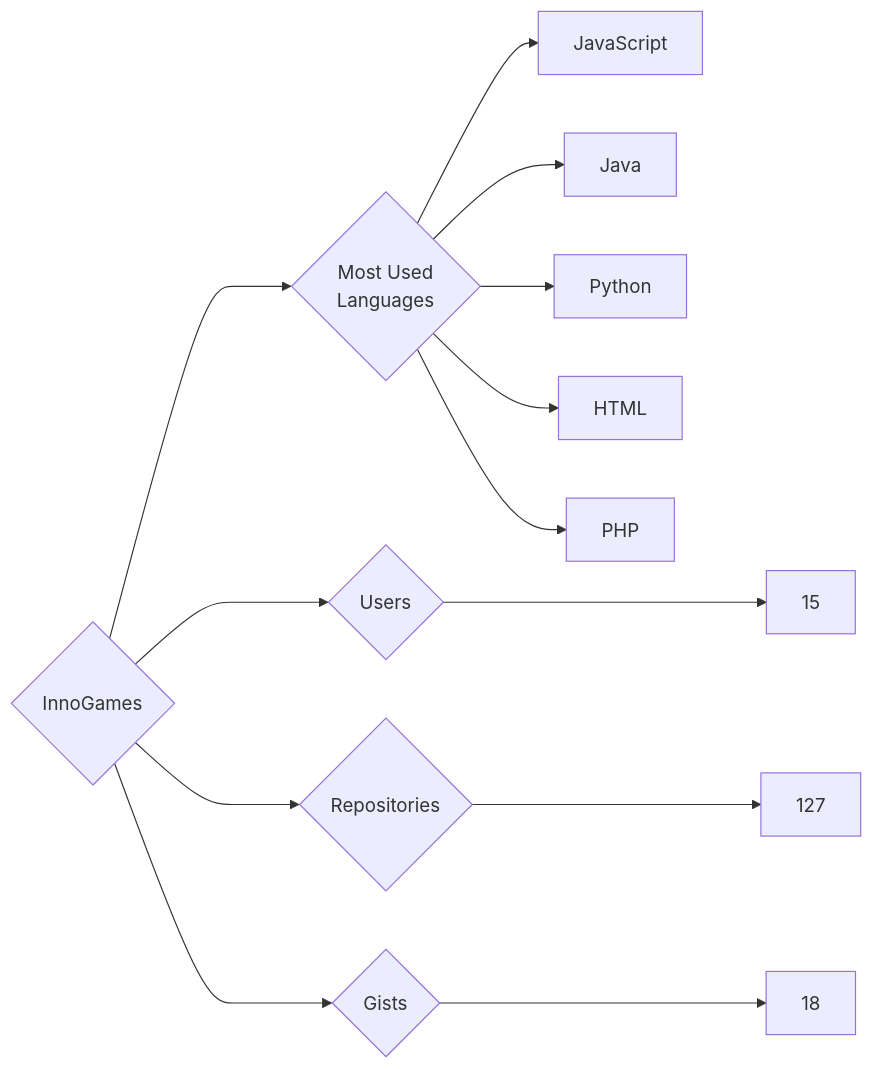
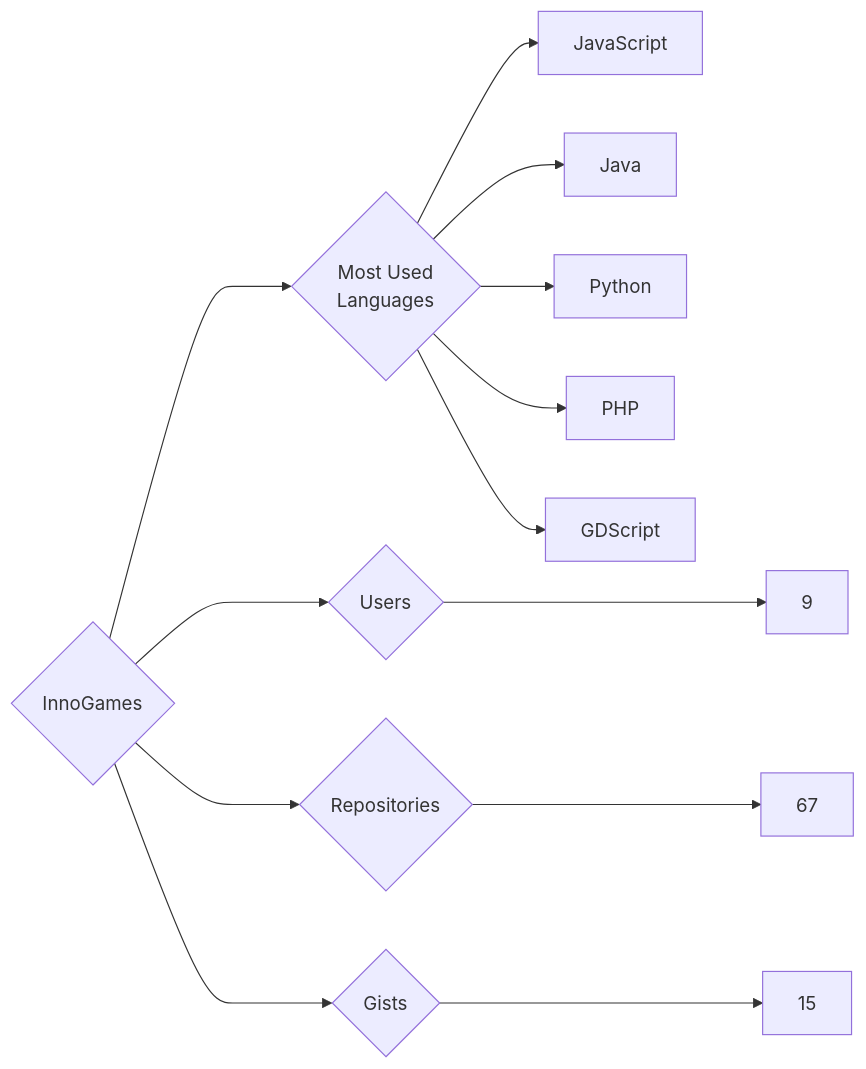
One commit to trickest/insiders changed the diagram in targets/InnoGames/README.md. Above: the diagram before and after it, drawn with Mermaid. The commit also changed 693 other files, not shown here.

````diff
--- a/targets/InnoGames/README.md
+++ b/targets/InnoGames/README.md
@@ -3,13 +3,13 @@
 ```mermaid
 graph LR
 COMPANY_NAME{InnoGames}
-COMPANY_NAME ---> U{Users} ---> UN[15]
-COMPANY_NAME ---> R{Repositories} ---> RN[127]
-COMPANY_NAME ---> G{Gists} ---> GN[18]
+COMPANY_NAME ---> U{Users} ---> UN[9]
+COMPANY_NAME ---> R{Repositories} ---> RN[67]
+COMPANY_NAME ---> G{Gists} ---> GN[15]
 COMPANY_NAME ---> ML{Most Used<br>Languages}
 ML --> JavaScript[JavaScript]
 ML --> Java[Java]
 ML --> Python[Python]
-ML --> HTML[HTML]
 ML --> PHP[PHP]
+ML --> GDScript[GDScript]
 ```
````
